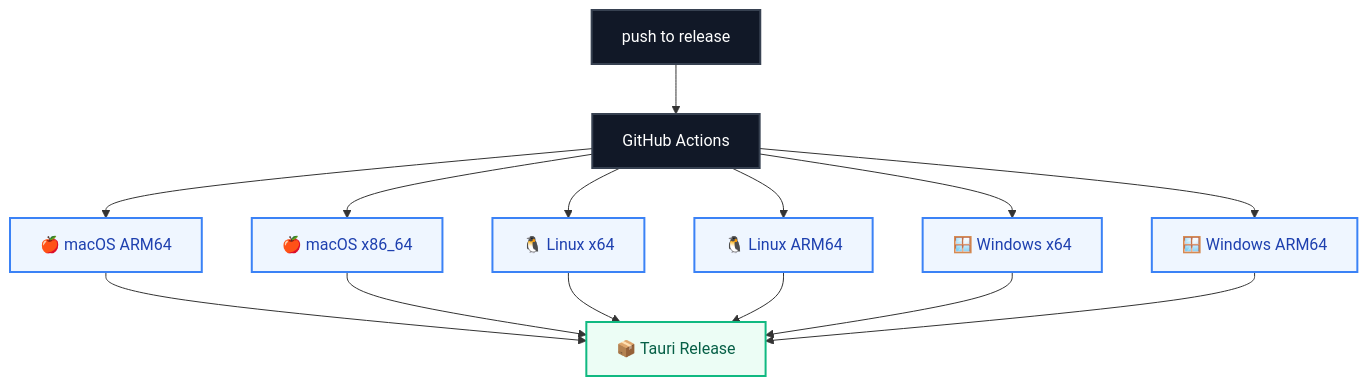
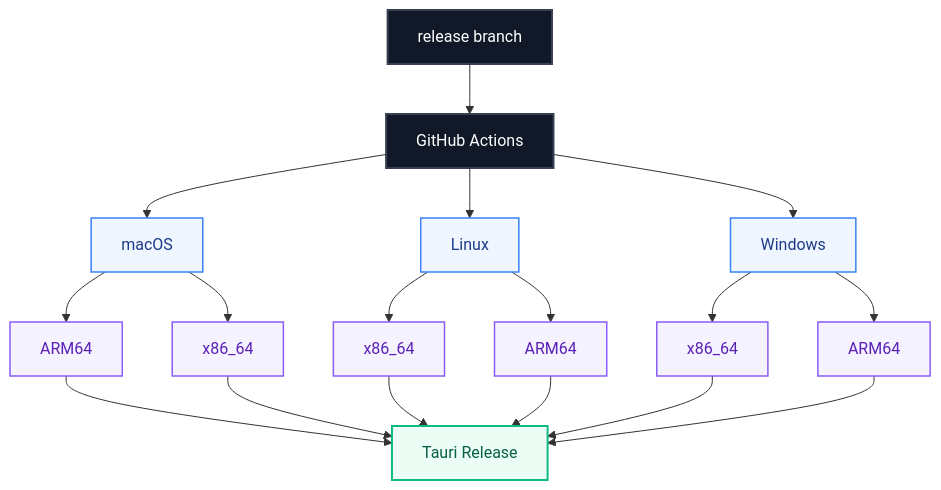
The seventh of 8 diagrams in README.md (autotask05-pixel/quicktasksdesktopv3), drawn with Mermaid before and after one commit. The commit also changed other lines of this file, not shown here.

````diff
--- a/README.md
+++ b/README.md
@@ -263,26 +277,34 @@
 ```mermaid
 flowchart TD
-    A["push to release"] --> B["GitHub Actions"]
+    R["release branch"] --> G["GitHub Actions"]
 
-    B --> C["🍎 macOS ARM64"]
-    B --> D["🍎 macOS x86_64"]
-    B --> E["🐧 Linux x64"]
-    B --> F["🐧 Linux ARM64"]
-    B --> G["🪟 Windows x64"]
-    B --> H["🪟 Windows ARM64"]
+    G --> MAC["macOS"]
+    G --> LIN["Linux"]
+    G --> WIN["Windows"]
 
-    C --> I["📦 Tauri Release"]
-    D --> I
-    E --> I
-    F --> I
-    G --> I
-    H --> I
+    MAC --> MA["ARM64"]
+    MAC --> MX["x86_64"]
 
-    classDef trigger fill:#111827,color:#fff,stroke:#374151,stroke-width:2px
-    classDef build fill:#eff6ff,color:#1e40af,stroke:#3b82f6,stroke-width:2px
+    LIN --> LX["x86_64"]
+    LIN --> LA["ARM64"]
+
+    WIN --> WX["x86_64"]
+    WIN --> WA["ARM64"]
+
+    MA --> P["Tauri Release"]
+    MX --> P
+    LX --> P
+    LA --> P
+    WX --> P
+    WA --> P
+
+    classDef trigger fill:#111827,color:#ffffff,stroke:#374151,stroke-width:2px
+    classDef platform fill:#eff6ff,color:#1e3a8a,stroke:#3b82f6,stroke-width:1.5px
+    classDef arch fill:#f5f3ff,color:#5b21b6,stroke:#8b5cf6,stroke-width:1.5px
     classDef release fill:#ecfdf5,color:#065f46,stroke:#10b981,stroke-width:2px
 
-    class A,B trigger
-    class C,D,E,F,G,H build
-    class I release
+    class R,G trigger
+    class MAC,LIN,WIN platform
+    class MA,MX,LX,LA,WX,WA arch
+    class P release
 ```
````
